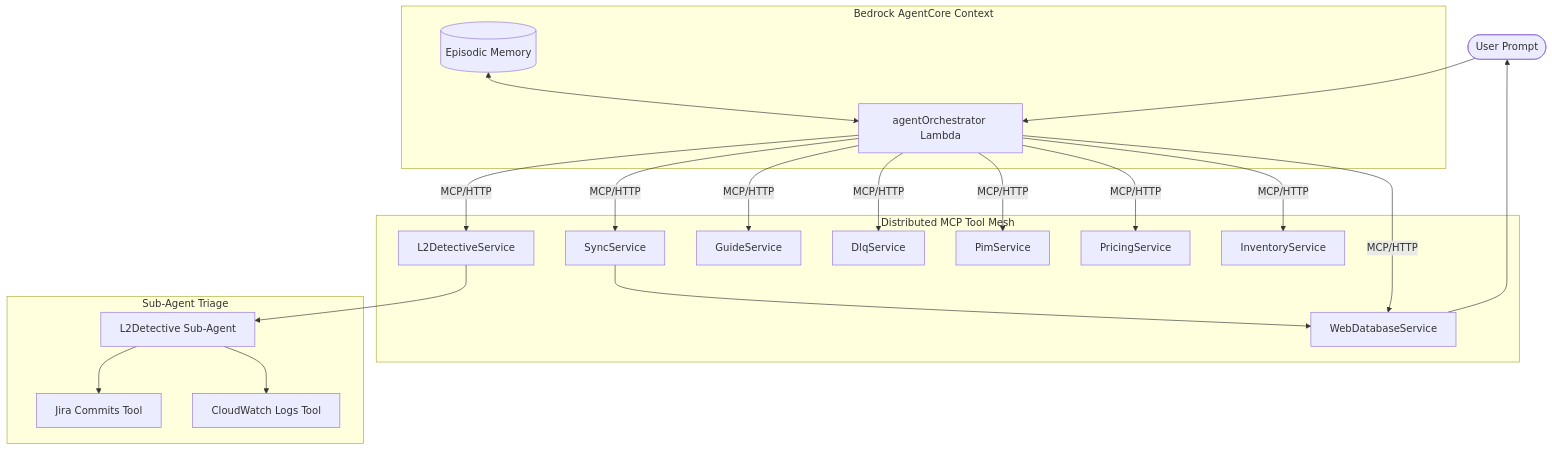
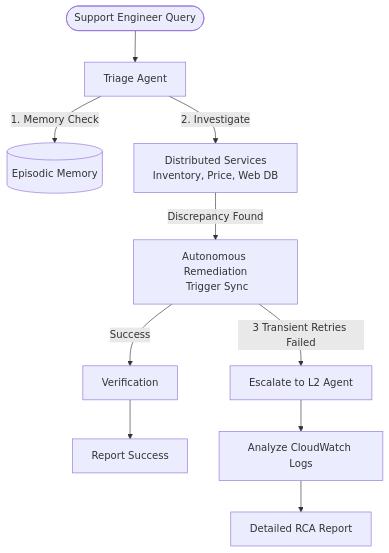
The diagram in README.md (sujithpvarghese/bedrock-agent-core-operations-hub-mcp), drawn with Mermaid before and after one commit. The commit also changed other lines of this file and 1 other file, not shown here.

````diff
--- a/README.md
+++ b/README.md
@@ -26,28 +17,14 @@
 ```mermaid
 graph TD
-    User([User Prompt]) --> Orchestrator[agentOrchestrator Lambda]
+    User([Support Engineer Query]) --> Orchestrator[Triage Agent]
     
-    subgraph "Bedrock AgentCore Context"
-        Memory[(Episodic Memory)] <--> Orchestrator
-    end
-
-    subgraph "Distributed MCP Tool Mesh"
-        Orchestrator -- MCP/HTTP --> WebDB[WebDatabaseService]
-        Orchestrator -- MCP/HTTP --> Inv[InventoryService]
-        Orchestrator -- MCP/HTTP --> Price[PricingService]
-        Orchestrator -- MCP/HTTP --> PIM[PimService]
-        Orchestrator -- MCP/HTTP --> DLQ[DlqService]
-        Orchestrator -- MCP/HTTP --> Guide[GuideService]
-        Orchestrator -- MCP/HTTP --> Sync[SyncService]
-        Orchestrator -- MCP/HTTP --> L2[L2DetectiveService]
-    end
-
-    subgraph "Sub-Agent Triage"
-        L2 --> L2Agent[L2Detective Sub-Agent]
-        L2Agent --> CW[CloudWatch Logs Tool]
-        L2Agent --> Jira[Jira Commits Tool]
-    end
-
-    Sync --> WebDB
-    WebDB --> User
+    Orchestrator -->|1. Memory Check| Memory[(Episodic Memory)]
+    Orchestrator -->|2. Investigate| ToolMesh[Distributed Services <br> Inventory, Price, Web DB]
+    
+    ToolMesh -->|Discrepancy Found| Remediate[Autonomous Remediation<br> Trigger Sync]
+    
+    Remediate -- Success --> Verify[Verification] --> Final[Report Success]
+    Remediate -- 3 Transient Retries Failed --> Escalate[Escalate to L2 Agent]
+    
+    Escalate --> CW[Analyze CloudWatch Logs] --> FinalReport[Detailed RCA Report]
 ```
````
